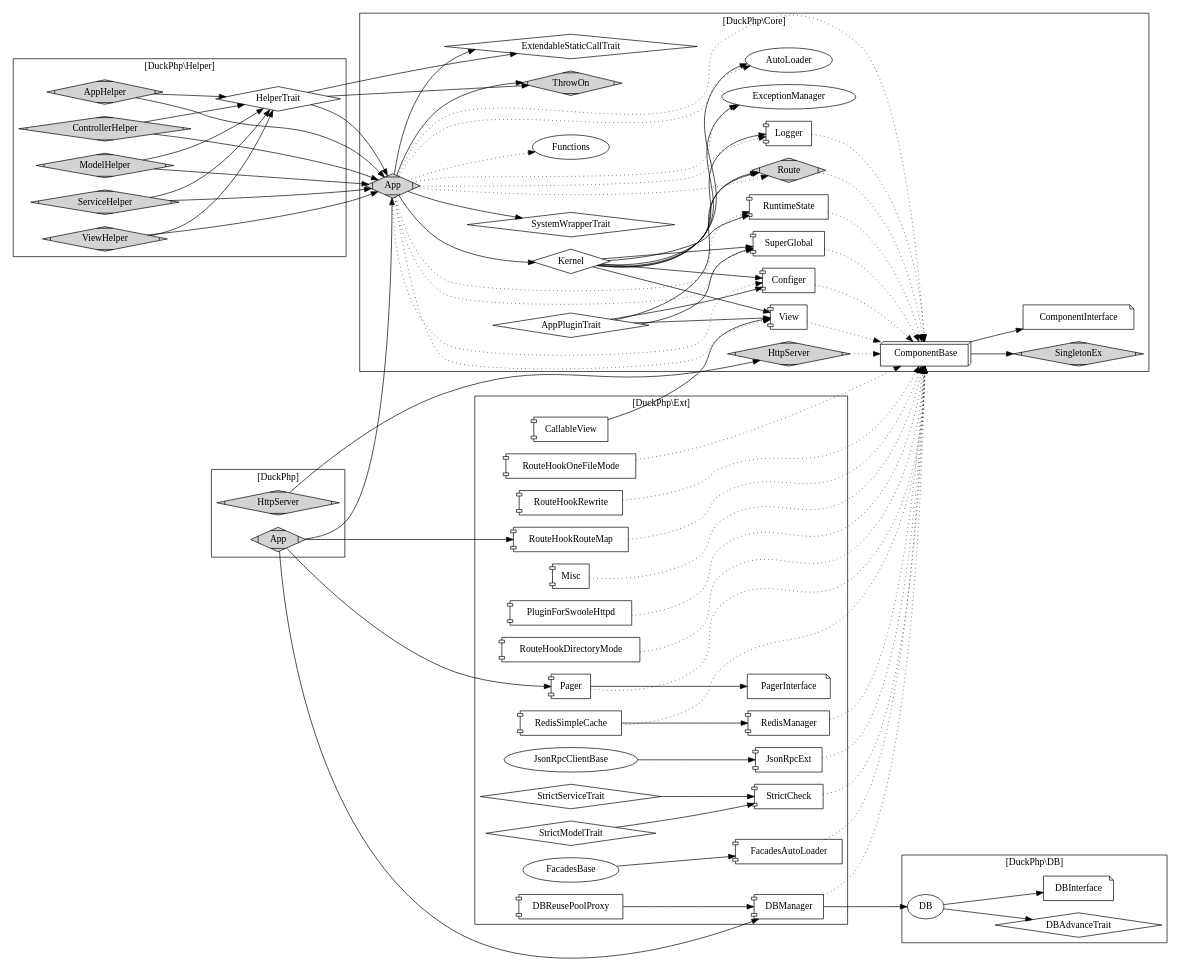
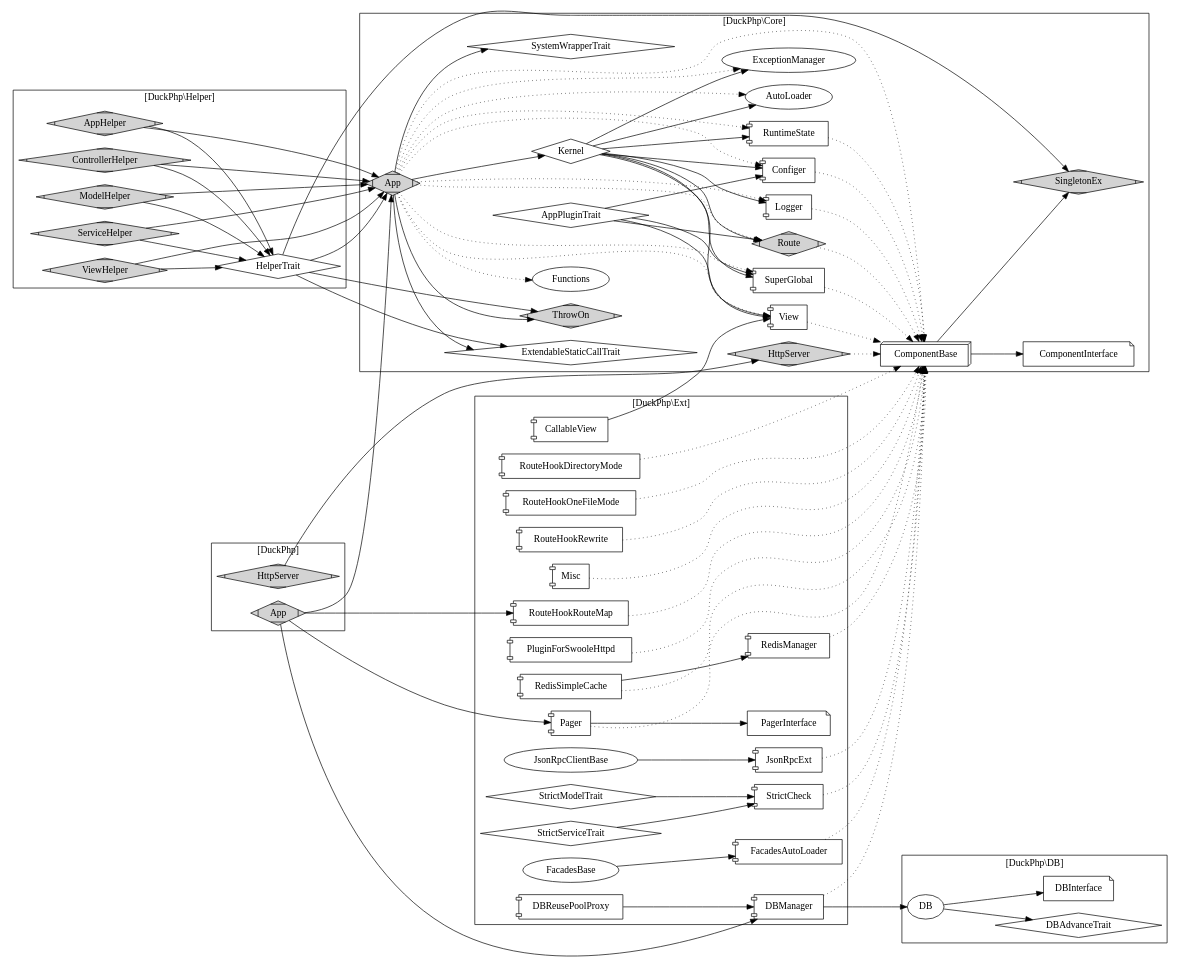
One commit to dvaknheo/duckphp changed the diagram in doc/duckphp.gv. Above: the diagram before and after it, drawn with Graphviz. The commit also changed 3 other files, not shown here.

Commit message:
HelperTrait 也使用 SingletonEx

```diff
--- a/doc/duckphp.gv
+++ b/doc/duckphp.gv
@@ -1,198 +1,199 @@
 digraph G{
 /* This is a graphviz file */
 graph [rankdir = "LR"];
 
 subgraph cluster_Core {
     
     label = "[DuckPhp\\Core]";
 
     Core_AppPluginTrait [label="AppPluginTrait";shape=diamond];
     Core_App [label="App";shape=Mdiamond;style=filled]; 
     Core_Kernel [label="Kernel";shape="diamond"];
     Core_SingletonEx [label="SingletonEx";shape=Mdiamond;style=filled];
     Core_AutoLoader [label="AutoLoader"];
     Core_ExceptionManager [label="ExceptionManager"];
     Core_View [label="View";shape="component"];
     Core_Configer [label="Configer";shape="component"];
     Core_Logger [label="Logger";shape="component"];
     Core_Route [label="Route";shape=Mdiamond;style=filled];
     Core_RuntimeState [label="RuntimeState";shape="component"];
     Core_SystemWrapperTrait [label="SystemWrapperTrait";shape=diamond];
     
     Core_HttpServer [label="HttpServer";shape=Mdiamond;style=filled];
     Core_SuperGlobal [label="SuperGlobal";shape="component"];
 
     Core_ExtendableStaticCallTrait [label="ExtendableStaticCallTrait";shape=diamond];
     
     Core_ThrowOn [label="ThrowOn";shape=Mdiamond;style=filled];
     Core_ComponentInterface [label="ComponentInterface";shape=note];
     Core_ComponentBase [label="ComponentBase";shape=box3d];
     Core_Functions [label="Functions"];
 
 
     Core_Kernel -> Core_AutoLoader ;
     Core_Kernel -> Core_Configer;
     Core_Kernel -> Core_Logger;
     Core_Kernel -> Core_ExceptionManager;
     Core_Kernel -> Core_Route;
     Core_Kernel -> Core_RuntimeState;
     Core_Kernel -> Core_View;
     Core_Kernel -> Core_SuperGlobal;
     
     Core_App -> Core_Kernel;
     Core_App -> Core_ThrowOn;
     Core_App -> Core_ExtendableStaticCallTrait;
     Core_App -> Core_SystemWrapperTrait;
     
     Core_App -> Core_AutoLoader [style="dotted"];
     Core_App -> Core_Configer [style="dotted"];
     Core_App -> Core_Logger [style="dotted"];
     Core_App -> Core_ExceptionManager [style="dotted"];
     Core_App -> Core_Route [style="dotted"];
     Core_App -> Core_RuntimeState [style="dotted"];
     Core_App -> Core_View [style="dotted"];
     Core_App -> Core_SuperGlobal [style="dotted"];
     
     Core_App -> Core_Functions [style="dotted"];
     Core_App -> Core_ComponentBase [style="dotted"];
 
 
     Core_AppPluginTrait -> Core_Configer;
     Core_AppPluginTrait -> Core_View;
     Core_AppPluginTrait -> Core_Route;
     Core_AppPluginTrait -> Core_SuperGlobal;
     
     
     Core_Configer -> Core_ComponentBase [style="dotted"];
     Core_Route -> Core_ComponentBase [style="dotted"];
     Core_SuperGlobal -> Core_ComponentBase [style="dotted"];
     Core_RuntimeState -> Core_ComponentBase [style="dotted"];
     Core_View -> Core_ComponentBase [style="dotted"];
     Core_Logger -> Core_ComponentBase [style="dotted"];
     Core_HttpServer -> Core_ComponentBase [style="dotted"];
 
     
     Core_ComponentBase -> Core_ComponentInterface;
     Core_ComponentBase -> Core_SingletonEx;
     
     
 }
 
 
 
 
 subgraph cluster_Helper {
     
     label = "[DuckPhp\\Helper]";
     
     AppHelper [label="AppHelper";shape=Mdiamond;style=filled];
     ControllerHelper [label="ControllerHelper";shape=Mdiamond;style=filled];
     ModelHelper [label="ModelHelper";shape=Mdiamond;style=filled];
     ServiceHelper [label="ServiceHelper";shape=Mdiamond;style=filled];
     ViewHelper [label="ViewHelper";shape=Mdiamond;style=filled];
     HelperTrait [label="HelperTrait";shape=diamond];
     
     AppHelper -> Core_App; 
     ControllerHelper -> Core_App; 
     ModelHelper -> Core_App; 
     ServiceHelper -> Core_App; 
     ViewHelper -> Core_App; 
+    HelperTrait -> Core_SingletonEx;
     HelperTrait -> Core_App;
     HelperTrait -> Core_ExtendableStaticCallTrait ;
     HelperTrait -> Core_ThrowOn;
     
     AppHelper -> HelperTrait; 
     ControllerHelper -> HelperTrait; 
     ModelHelper -> HelperTrait; 
     ServiceHelper -> HelperTrait; 
     ViewHelper -> HelperTrait; 
 
 }
 
 
 
 
 subgraph cluster_DB {
     
     label = "[DuckPhp\\DB]";
 
     DB_DB [label="DB"];
     DB_DBAdvanceTrait [label="DBAdvanceTrait";shape=diamond];
     DB_DBInterface [label="DBInterface";shape=note];
     
     DB_DB -> DB_DBAdvanceTrait;
     DB_DB -> DB_DBInterface;
 }
 
 
 
 subgraph cluster_Ext {
     
     label = "[DuckPhp\\Ext]";
 
     CallableView[shape="component"];
     DBManager[shape="component"];
     DBReusePoolProxy[shape="component"];
     FacadesAutoLoader[shape="component"];
     FacadesBase ;
     JsonRpcClientBase ;
     JsonRpcExt[shape="component"];
     Misc[shape="component"];
     Pager[shape="component"];
     PagerInterface [shape=note];
     PluginForSwooleHttpd[shape="component"];
     RedisManager[shape="component"];
     RedisSimpleCache[shape="component"];
     RouteHookDirectoryMode[shape="component"];
     RouteHookOneFileMode[shape="component"];
     RouteHookRewrite[shape="component"];
     RouteHookRouteMap[shape="component"];
     StrictCheck[shape="component"];
     StrictModelTrait [shape=diamond];
     StrictServiceTrait [shape=diamond];
 
 
     DBManager -> DB_DB;
     CallableView ->Core_View; 
     DBReusePoolProxy ->DBManager; 
     JsonRpcClientBase ->JsonRpcExt;
     FacadesBase -> FacadesAutoLoader;
     Pager -> PagerInterface; 
     RedisSimpleCache -> RedisManager;
     StrictModelTrait -> StrictCheck; 
     StrictServiceTrait -> StrictCheck; 
     
     FacadesAutoLoader -> Core_ComponentBase [style="dotted"];
     JsonRpcExt -> Core_ComponentBase [style="dotted"];
     Pager -> Core_ComponentBase [style="dotted"];
     Misc -> Core_ComponentBase [style="dotted"];
     RedisSimpleCache -> Core_ComponentBase [style="dotted"];
     RedisManager -> Core_ComponentBase [style="dotted"];
     PluginForSwooleHttpd -> Core_ComponentBase [style="dotted"];
     StrictCheck -> Core_ComponentBase [style="dotted"];
     RouteHookDirectoryMode -> Core_ComponentBase [style="dotted"];
     RouteHookOneFileMode -> Core_ComponentBase [style="dotted"];
     RouteHookRewrite -> Core_ComponentBase [style="dotted"];
     RouteHookRouteMap -> Core_ComponentBase [style="dotted"];
     DBManager -> Core_ComponentBase [style="dotted"];
 }
 
 
 subgraph cluster_DuckPhp {
     
     label = "[DuckPhp]";
     node [style=filled];
 
     HttpServer -> Core_HttpServer;
     App -> Core_App;
 
     App -> RouteHookRouteMap;
     App -> Pager;
     App -> DBManager;
 
     App [shape=Mdiamond];
     HttpServer [shape=Mdiamond;style=filled];
 
 }
 
 }
```
